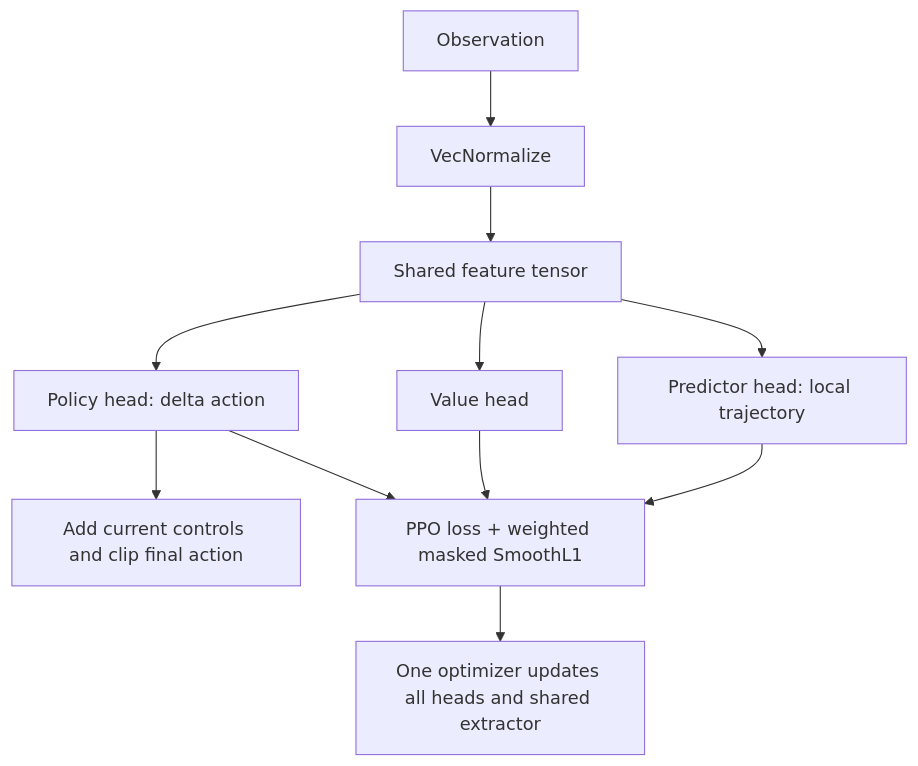
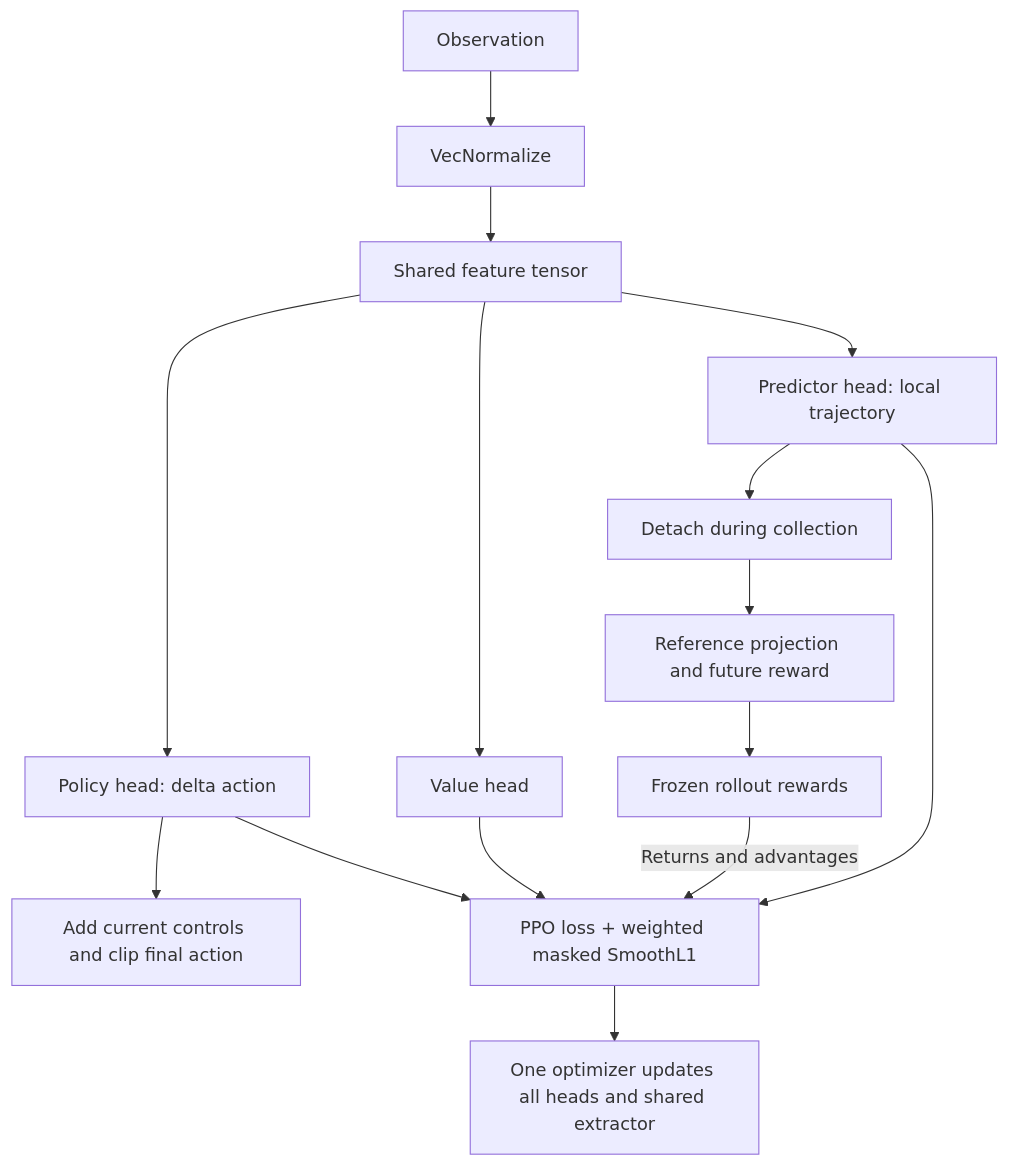
One commit to wwlarsww/Assetto_Corsa_RL_Drivermodel changed the diagram in docs/predictor.md. Above: the diagram before and after it, drawn with Mermaid. The commit also changed other lines of this file and 2 other files, not shown here.

Commit message:
docs: explain future prediction rewards and warmup validation

````diff
--- a/docs/predictor.md
+++ b/docs/predictor.md
@@ -8,13 +8,17 @@
 ```mermaid
 flowchart TD
     O[Observation] --> N[VecNormalize]
     N --> F[Shared feature tensor]
     F --> P[Policy head: delta action]
     P --> A[Add current controls and clip final action]
     F --> V[Value head]
     F --> T[Predictor head: local trajectory]
+    T --> D[Detach during collection]
+    D --> R[Reference projection and future reward]
+    R --> B[Frozen rollout rewards]
+    B -->|Returns and advantages| L
     P --> L[PPO loss + weighted masked SmoothL1]
     V --> L
     T --> L
     L --> U[One optimizer updates all heads and shared extractor]
 ```
````
